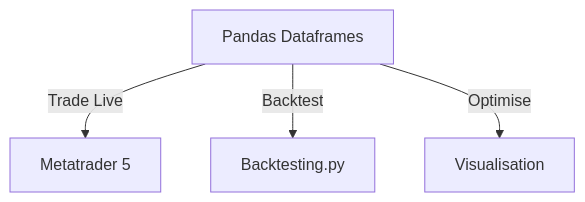
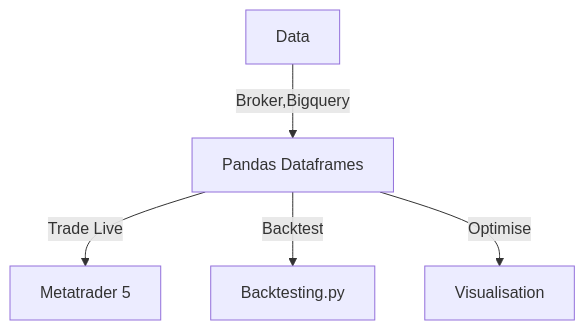
One commit to devcon14/colab-connect changed the diagram in README.md. Above: the diagram before and after it, drawn with Mermaid. The commit also changed other lines of this file, not shown here.

````diff
--- a/README.md
+++ b/README.md
@@ -10,11 +8,13 @@
 ```mermaid
 graph TD
     A[Pandas Dataframes]
     B[Metatrader 5]
     C[Backtesting.py]
     D[Visualisation]
+    E[Data]
 
+    E-->|Broker,Bigquery|A
     A-->|Trade Live|B
     A-->|Backtest|C
     A-->|Optimise|D
 ```
````
